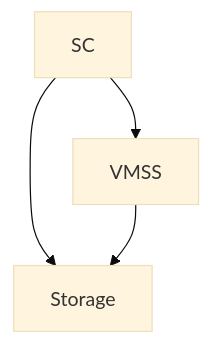
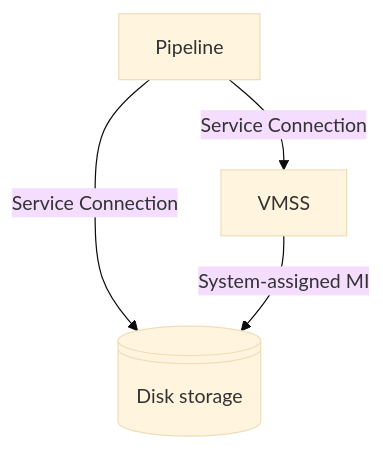
One commit to geekzter/azure-pipeline-examples changed the diagram in tasks/AzureVmssDeployment/README.md. Above: the diagram before and after it, drawn with Mermaid (base theme).

````diff
--- a/tasks/AzureVmssDeployment/README.md
+++ b/tasks/AzureVmssDeployment/README.md
@@ -3,6 +3,7 @@
 ```mermaid
 graph TD;
-    SC-->Storage;
-    SC-->VMSS;
-    VMSS-->Storage;
+    Storage@{ shape: lin-cyl, label: "Disk storage" };
+    Pipeline-->|Service Connection| Storage;
+    Pipeline-->|Service Connection| VMSS;
+    VMSS-->|System-assigned MI| Storage;
 ```
````
